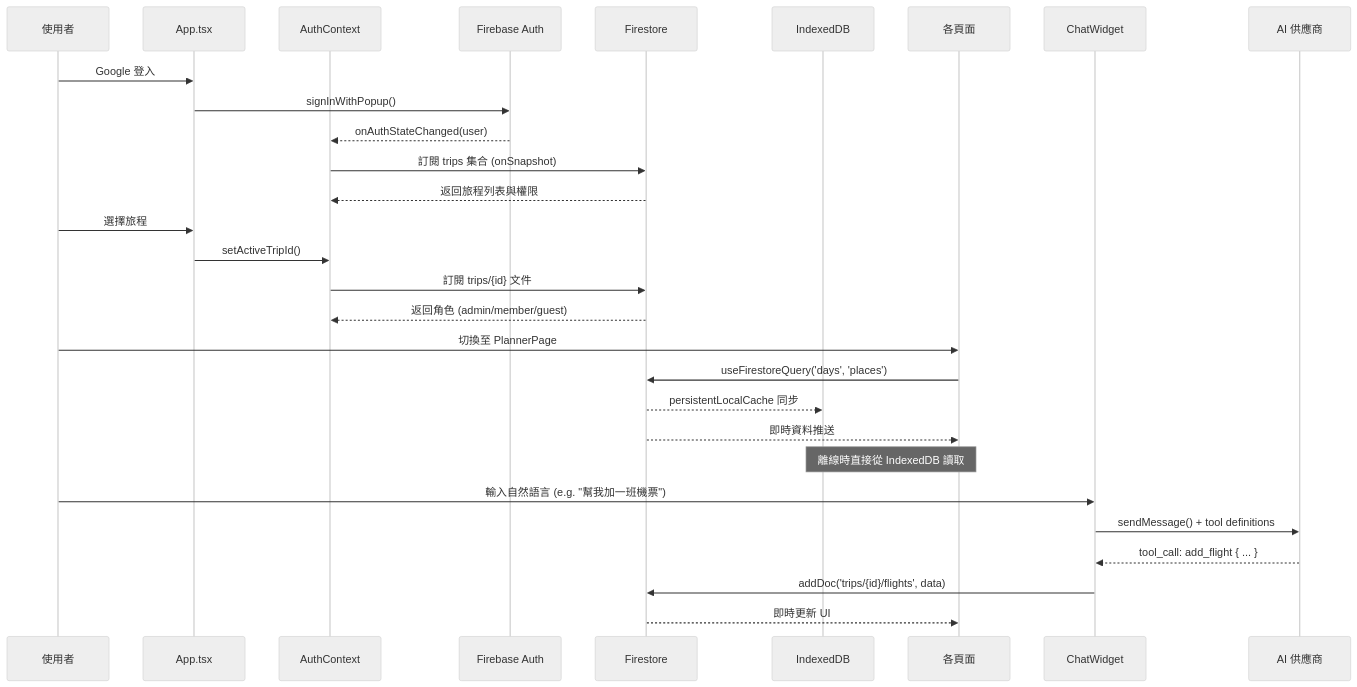
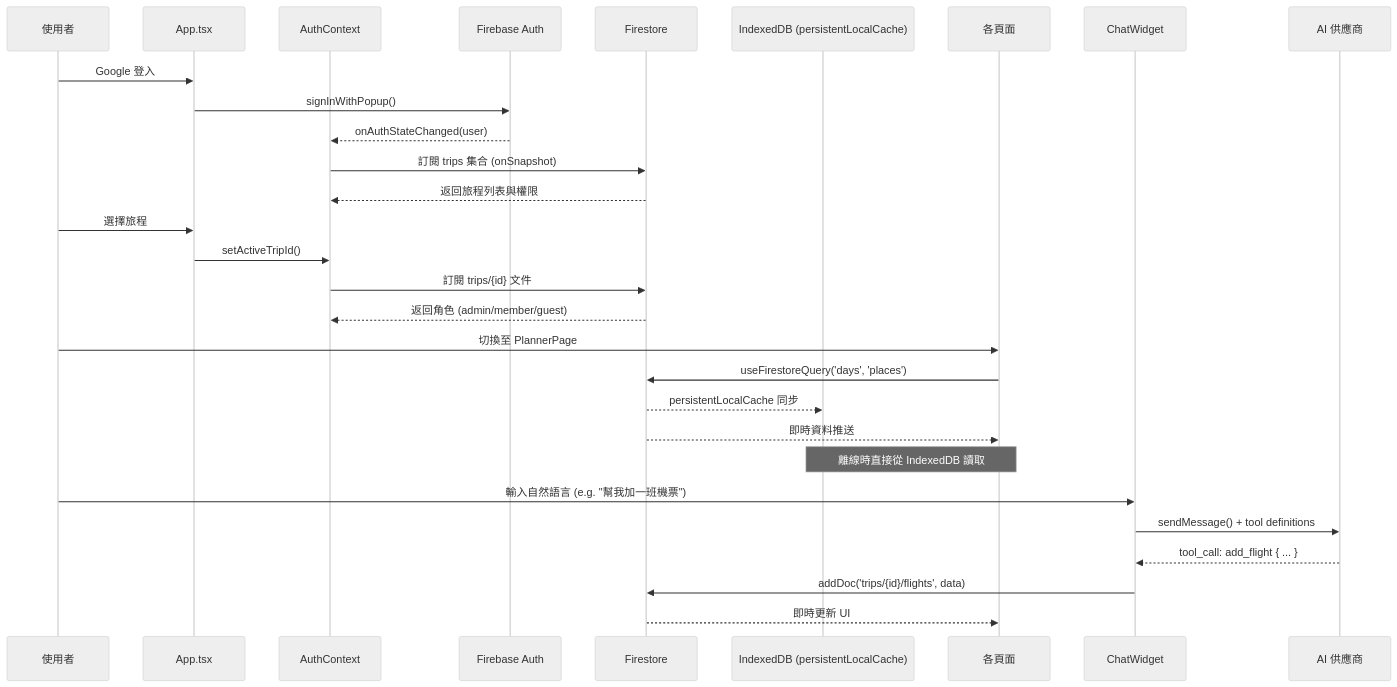
The second of 3 diagrams in README.md (michelle-hsieh/travel-dashboard), drawn with Mermaid (neutral theme) before and after one commit. The commit also changed other lines of this file and 4 other files, not shown here.

Commit message:
Refactor: migrate from manual Dexie local storage to Firestore persistentLocalCache

````diff
--- a/README.md
+++ b/README.md
@@ -80,36 +80,36 @@
 ```mermaid
 sequenceDiagram
     participant User as 使用者
     participant App as App.tsx
     participant Auth as AuthContext
     participant FBAuth as Firebase Auth
     participant FS as Firestore
-    participant Dexie as IndexedDB
+    participant Cache as IndexedDB (persistentLocalCache)
     participant Page as 各頁面
     participant Chat as ChatWidget
     participant AI as AI 供應商
 
     User->>App: Google 登入
     App->>FBAuth: signInWithPopup()
     FBAuth-->>Auth: onAuthStateChanged(user)
     Auth->>FS: 訂閱 trips 集合 (onSnapshot)
     FS-->>Auth: 返回旅程列表與權限
 
     User->>App: 選擇旅程
     App->>Auth: setActiveTripId()
     Auth->>FS: 訂閱 trips/{id} 文件
     FS-->>Auth: 返回角色 (admin/member/guest)
 
     User->>Page: 切換至 PlannerPage
     Page->>FS: useFirestoreQuery('days', 'places')
-    FS-->>Dexie: persistentLocalCache 同步
+    FS-->>Cache: persistentLocalCache 同步
     FS-->>Page: 即時資料推送
 
-    Note over Page,Dexie: 離線時直接從 IndexedDB 讀取
+    Note over Page,Cache: 離線時直接從 IndexedDB 讀取
 
     User->>Chat: 輸入自然語言 (e.g. "幫我加一班機票")
     Chat->>AI: sendMessage() + tool definitions
     AI-->>Chat: tool_call: add_flight { ... }
     Chat->>FS: addDoc('trips/{id}/flights', data)
     FS-->>Page: 即時更新 UI
 ```
````
